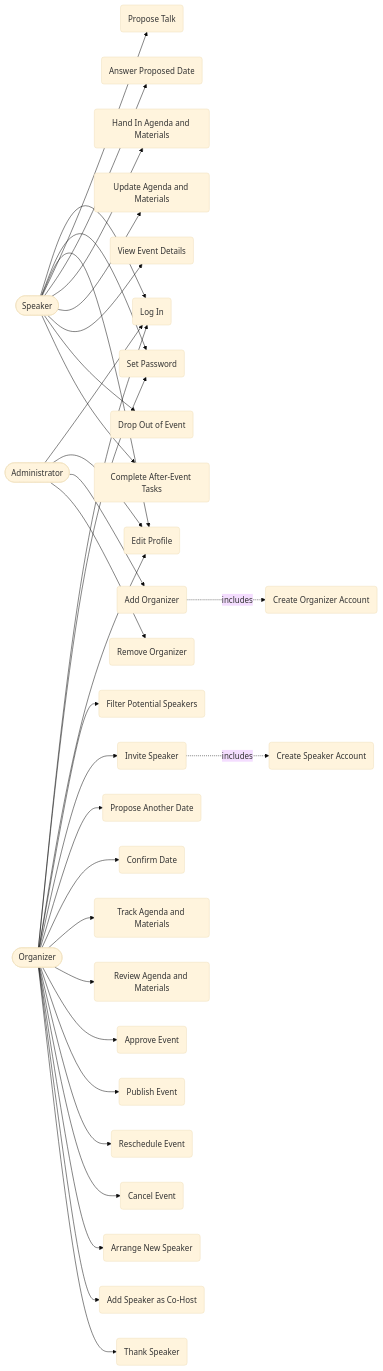
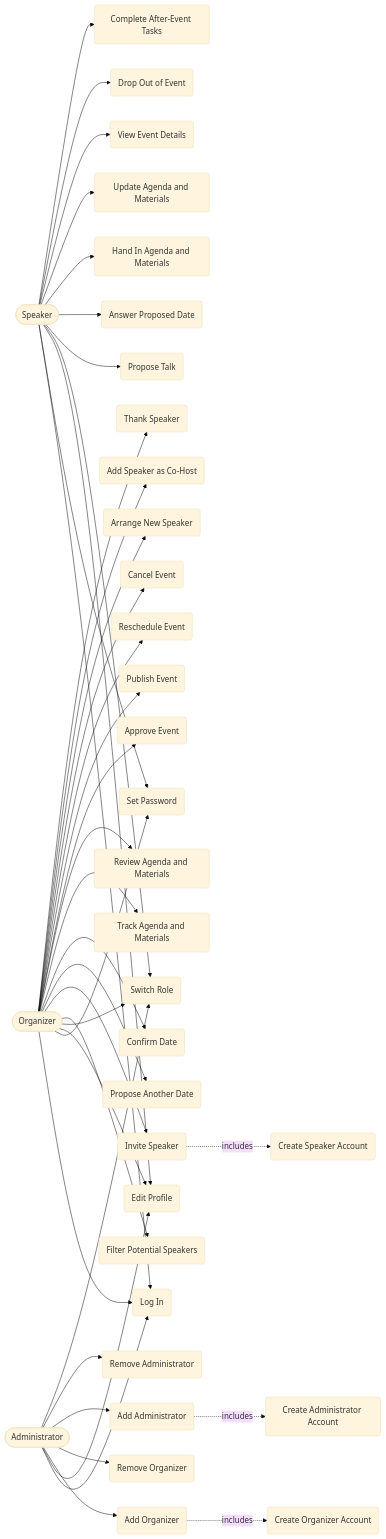
One commit to optivem/event-hub changed the diagram in docs/use-cases.md. Above: the diagram before and after it, drawn with Mermaid (base theme). The commit also changed other lines of this file and 49 other files, not shown here.

First line of the commit message:
Add role switching and last organizer and administrator blocks to the prototype

````diff
--- a/docs/use-cases.md
+++ b/docs/use-cases.md
@@ -3,42 +3,48 @@
 ```mermaid
 graph LR
     Speaker([Speaker])
     Organizer([Organizer])
     Administrator([Administrator])
 
     Speaker --> LogIn(Log In)
     Speaker --> SetPassword(Set Password)
     Speaker --> EditProfile(Edit Profile)
+    Speaker --> SwitchRole(Switch Role)
     Speaker --> ProposeTalk(Propose Talk)
     Speaker --> AnswerDate(Answer Proposed Date)
     Speaker --> HandInMaterials(Hand In Agenda and Materials)
     Speaker --> UpdateMaterials(Update Agenda and Materials)
     Speaker --> ViewEventDetails(View Event Details)
     Speaker --> DropOut(Drop Out of Event)
     Speaker --> AfterEventTasks(Complete After-Event Tasks)
 
     Organizer --> LogIn
     Organizer --> SetPassword
     Organizer --> EditProfile
+    Organizer --> SwitchRole
     Organizer --> FilterSpeakers(Filter Potential Speakers)
     Organizer --> InviteSpeaker(Invite Speaker)
     Organizer --> ProposeAnotherDate(Propose Another Date)
     Organizer --> ConfirmDate(Confirm Date)
     Organizer --> TrackMaterials(Track Agenda and Materials)
     Organizer --> ReviewMaterials(Review Agenda and Materials)
     Organizer --> ApproveEvent(Approve Event)
     Organizer --> PublishEvent(Publish Event)
     Organizer --> RescheduleEvent(Reschedule Event)
     Organizer --> CancelEvent(Cancel Event)
     Organizer --> ArrangeNewSpeaker(Arrange New Speaker)
     Organizer --> AddCoHost(Add Speaker as Co-Host)
     Organizer --> ThankSpeaker(Thank Speaker)
 
     Administrator --> LogIn
     Administrator --> EditProfile
     Administrator --> AddOrganizer(Add Organizer)
     Administrator --> RemoveOrganizer(Remove Organizer)
+    Administrator --> AddAdministrator(Add Administrator)
+    Administrator --> RemoveAdministrator(Remove Administrator)
+    Administrator --> SwitchRole
 
     InviteSpeaker -. includes .-> CreateAccount(Create Speaker Account)
     AddOrganizer -. includes .-> CreateOrganizerAccount(Create Organizer Account)
+    AddAdministrator -. includes .-> CreateAdministratorAccount(Create Administrator Account)
 ```
````
